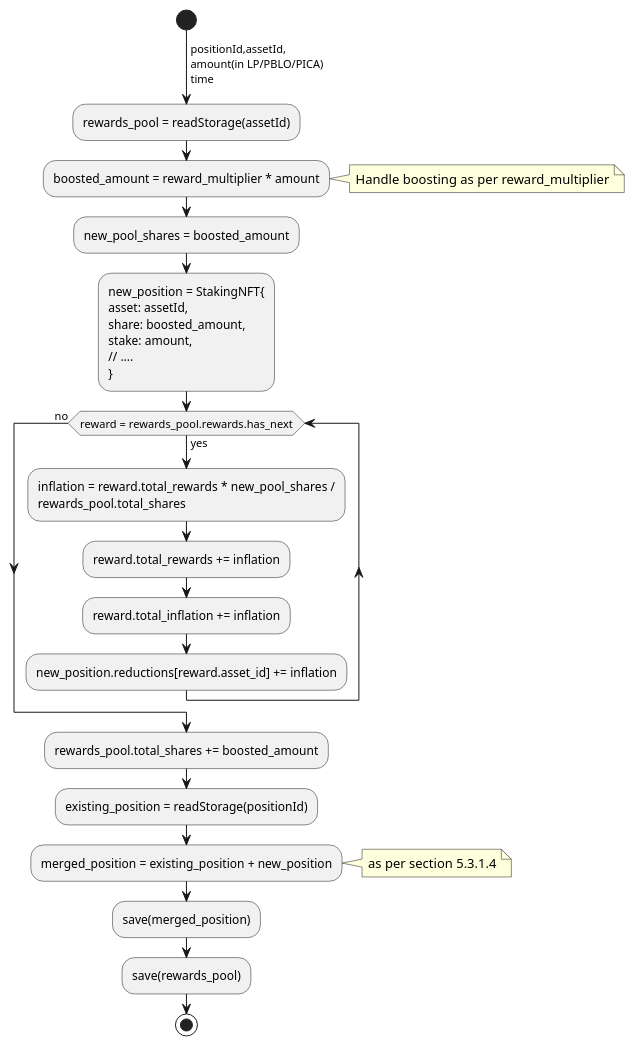
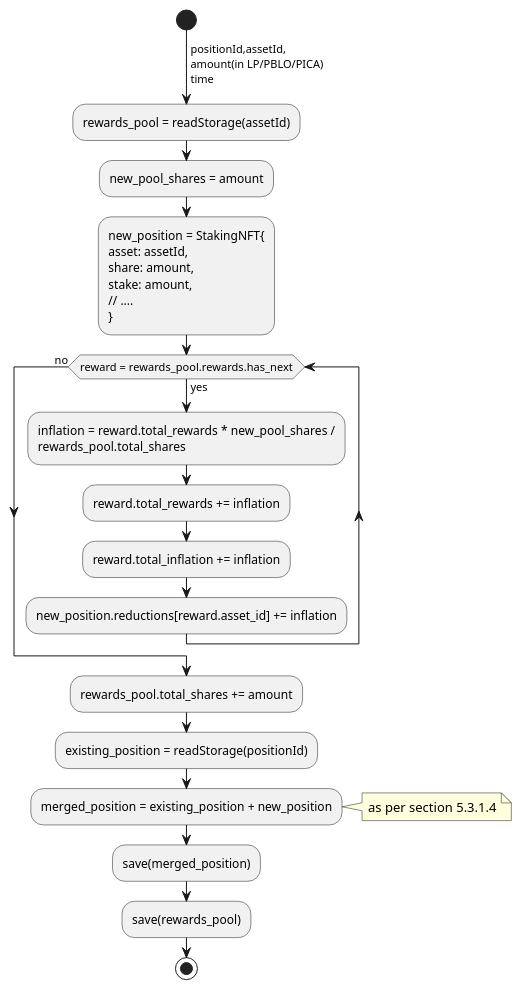
One commit to ComposableFi/composable changed the fifth of 9 diagrams in rfcs/0005-pablo-distribution-assets/0005-pablo-distribution.adoc. Above: the diagram before and after it, drawn with PlantUML. The commit also changed 1 other file, not shown here.

Commit message:
remove boosting for extend

```diff
--- a/rfcs/0005-pablo-distribution-assets/0005-pablo-distribution.adoc
+++ b/rfcs/0005-pablo-distribution-assets/0005-pablo-distribution.adoc
@@ -413,28 +413,26 @@
 [plantuml,images/extend-position,png]
 ----
 start
 ->positionId,assetId,\namount(in LP/PBLO/PICA)\ntime;
 :rewards_pool = readStorage(assetId);
-:boosted_amount = reward_multiplier * amount;
-note right: Handle boosting as per reward_multiplier
-:new_pool_shares = boosted_amount;
+:new_pool_shares = amount;
 :new_position = StakingNFT{
 asset: assetId,
-share: boosted_amount,
+share: amount,
 stake: amount,
 // ....
 };
 while (reward = rewards_pool.rewards.has_next) is (yes)
     :inflation = reward.total_rewards * new_pool_shares /\nrewards_pool.total_shares;
     :reward.total_rewards += inflation;
     :reward.total_inflation += inflation;
     :new_position.reductions[reward.asset_id] += inflation;
 endwhile (no)
-:rewards_pool.total_shares += boosted_amount;
+:rewards_pool.total_shares += amount;
 :existing_position = readStorage(positionId);
 :merged_position = existing_position + new_position;
 note right: as per section 5.3.1.4
 :save(merged_position);
 :save(rewards_pool);
 stop
 ----
```
